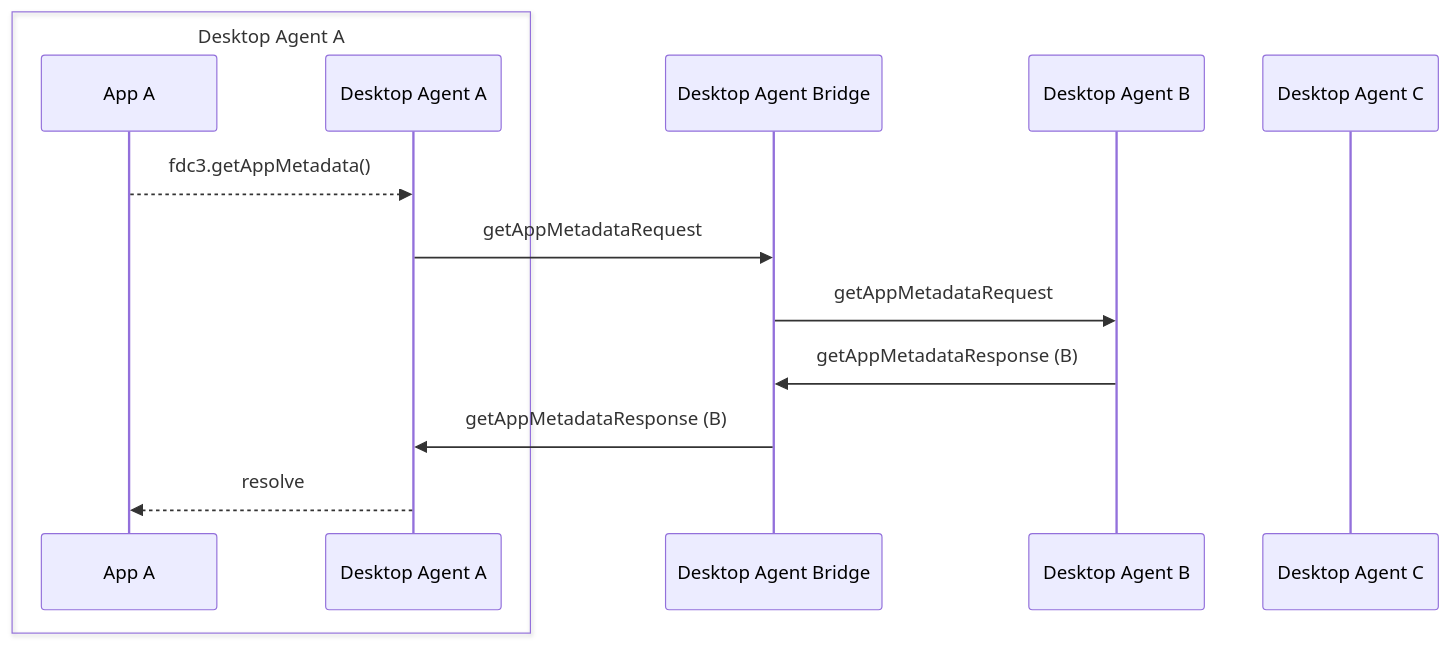
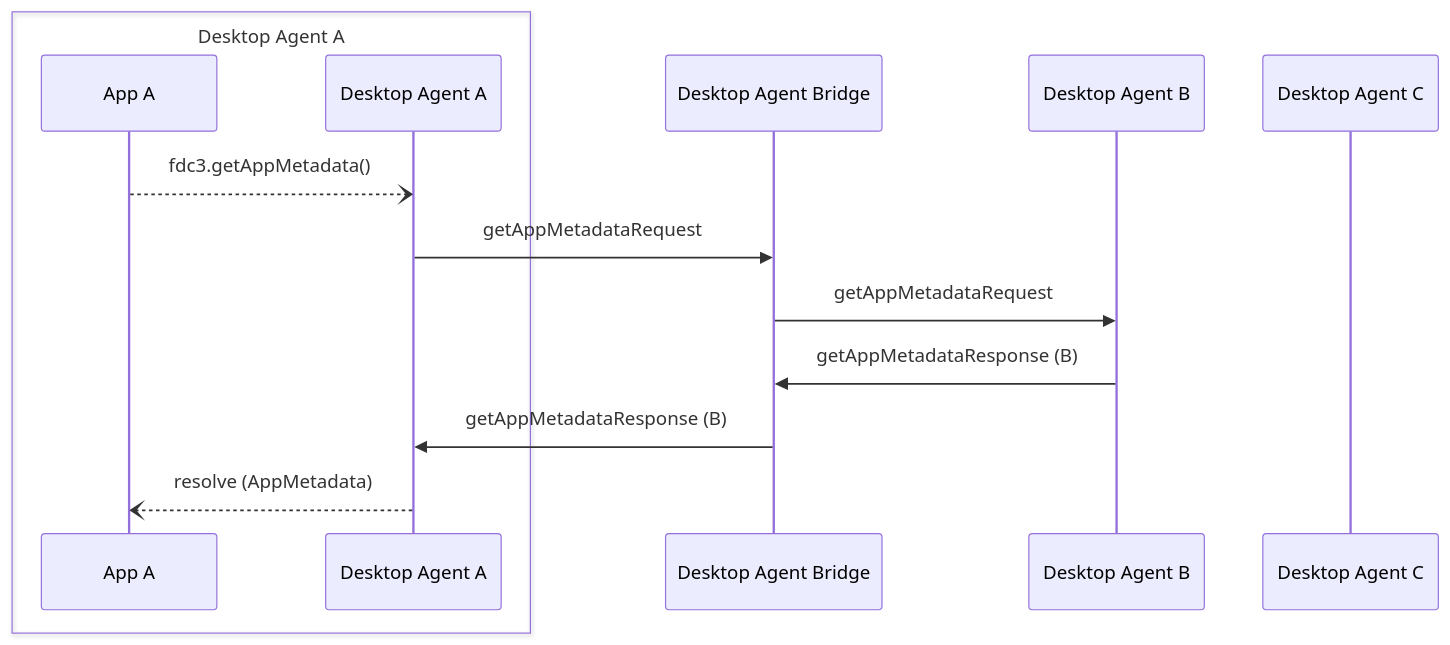
Before and after one commit to InteropIO/FDC3: the diagram in docs/agent-bridging/ref/getAppMetadata.md, drawn with Mermaid. The commit also changed 12 other files, not shown here.

Commit message:
Changing arrow style for FDC3 API calls + adding expect type for promise resolution to mermaid diagrams

````diff
--- a/docs/agent-bridging/ref/getAppMetadata.md
+++ b/docs/agent-bridging/ref/getAppMetadata.md
@@ -26,16 +26,16 @@
 ```mermaid
 sequenceDiagram
     box Desktop Agent A
     participant AA as App A
     participant DA as Desktop Agent A
     end
     participant DAB as Desktop Agent Bridge
     participant DB as Desktop Agent B
     participant DC as Desktop Agent C
-    AA -->> DA: fdc3.getAppMetadata()
+    AA --) DA: fdc3.getAppMetadata()
     DA ->> DAB: getAppMetadataRequest
     DAB ->> DB: getAppMetadataRequest
     DB ->> DAB: getAppMetadataResponse (B)
     DAB ->> DA: getAppMetadataResponse (B)
-    DA -->> AA: resolve
+    DA --) AA: resolve (AppMetadata)
 ```
````
